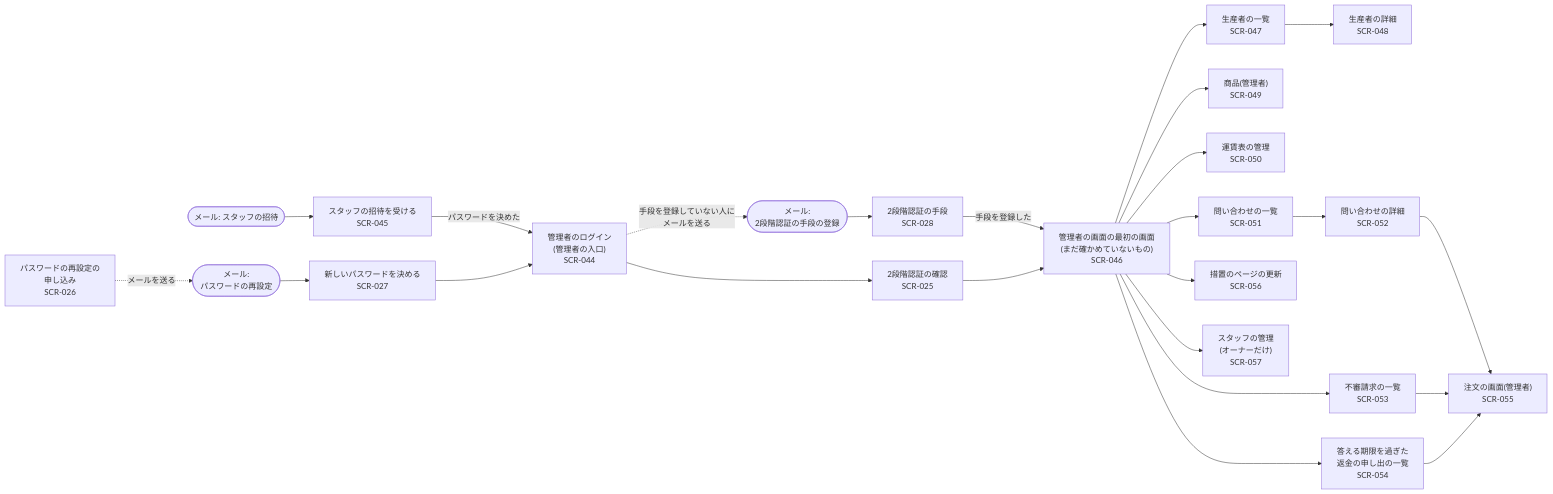
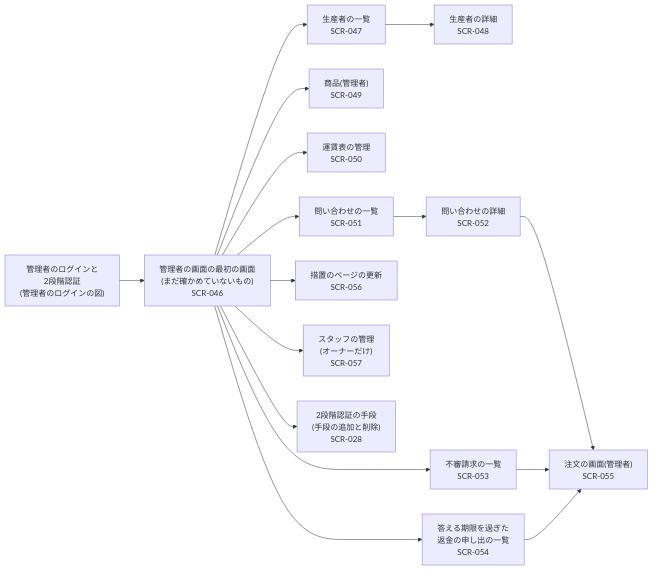
Diagram 16 of 16 in docs/02-basic-design.md (tenkunomori-emu/emu-farm-ec), drawn with Mermaid before and after one commit.

Commit message:
docs: 画面遷移図の抜けを直し、管理者の図を2つに分ける

````diff
--- a/docs/02-basic-design.md
+++ b/docs/02-basic-design.md
@@ -1436,47 +1465,32 @@
 ```mermaid
 flowchart LR
-    M8(["メール: スタッフの招待"])
-    S045["スタッフの招待を受ける<br/>SCR-045"]
-    S026["パスワードの再設定の<br/>申し込み<br/>SCR-026"]
-    M4(["メール:<br/>パスワードの再設定"])
-    S027["新しいパスワードを決める<br/>SCR-027"]
-    S044["管理者のログイン<br/>(管理者の入口)<br/>SCR-044"]
-    M5(["メール:<br/>2段階認証の手段の登録"])
-    S028["2段階認証の手段<br/>SCR-028"]
-    S025["2段階認証の確認<br/>SCR-025"]
+    LOGIN["管理者のログインと<br/>2段階認証<br/>(管理者のログインの図)"]
     S046["管理者の画面の最初の画面<br/>(まだ確かめていないもの)<br/>SCR-046"]
     S047["生産者の一覧<br/>SCR-047"]
     S048["生産者の詳細<br/>SCR-048"]
     S049["商品(管理者)<br/>SCR-049"]
     S050["運賃表の管理<br/>SCR-050"]
     S051["問い合わせの一覧<br/>SCR-051"]
     S052["問い合わせの詳細<br/>SCR-052"]
     S053["不審請求の一覧<br/>SCR-053"]
     S054["答える期限を過ぎた<br/>返金の申し出の一覧<br/>SCR-054"]
     S055["注文の画面(管理者)<br/>SCR-055"]
     S056["措置のページの更新<br/>SCR-056"]
     S057["スタッフの管理<br/>(オーナーだけ)<br/>SCR-057"]
-    M8 --> S045
-    S045 -->|"パスワードを決めた"| S044
-    S026 -.->|"メールを送る"| M4
-    M4 --> S027
-    S027 --> S044
-    S044 -.->|"手段を登録していない人に<br/>メールを送る"| M5
-    M5 --> S028
-    S028 -->|"手段を登録した"| S046
-    S044 --> S025
-    S025 --> S046
+    S028["2段階認証の手段<br/>(手段の追加と削除)<br/>SCR-028"]
+    LOGIN --> S046
     S046 --> S047
     S047 --> S048
     S046 --> S049
     S046 --> S050
     S046 --> S051
     S051 --> S052
     S052 --> S055
     S046 --> S053
     S053 --> S055
     S046 --> S054
     S054 --> S055
     S046 --> S056
     S046 --> S057
+    S046 --> S028
 ```
````
